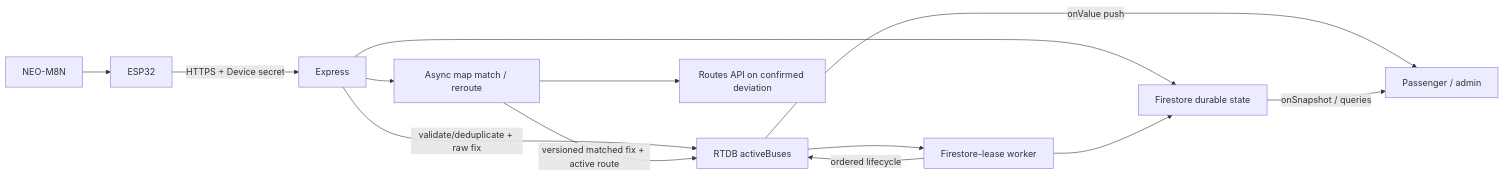
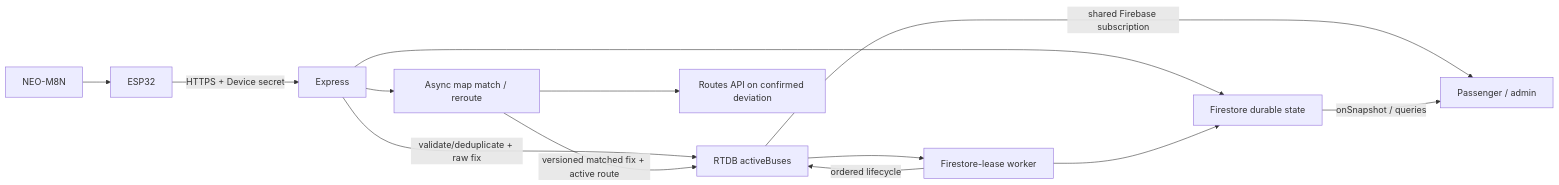
The diagram in docs/design/ARCHITECTURE.md (AryanPatelOnGIT/Eki), drawn with Mermaid before and after one commit. The commit also changed other lines of this file and 95 other files, not shown here.

````diff
--- a/docs/design/ARCHITECTURE.md
+++ b/docs/design/ARCHITECTURE.md
@@ -7,14 +7,14 @@
 ```mermaid
 flowchart LR
   GNSS["NEO-M8N"] --> ESP["ESP32"]
   ESP -->|"HTTPS + Device secret"| API["Express"]
   API -->|"validate/deduplicate + raw fix"| RTDB["RTDB activeBuses"]
   API --> MATCH["Async map match / reroute"]
   MATCH -->|"versioned matched fix + active route"| RTDB
   MATCH --> MAPS["Routes API on confirmed deviation"]
   RTDB --> WORKER["Firestore-lease worker"]
   WORKER -->|"ordered lifecycle"| RTDB
   API & WORKER --> FS["Firestore durable state"]
-  RTDB -->|"onValue push"| WEB["Passenger / admin"]
+  RTDB -->|"shared Firebase subscription"| WEB["Passenger / admin"]
   FS -->|"onSnapshot / queries"| WEB
 ```
````
